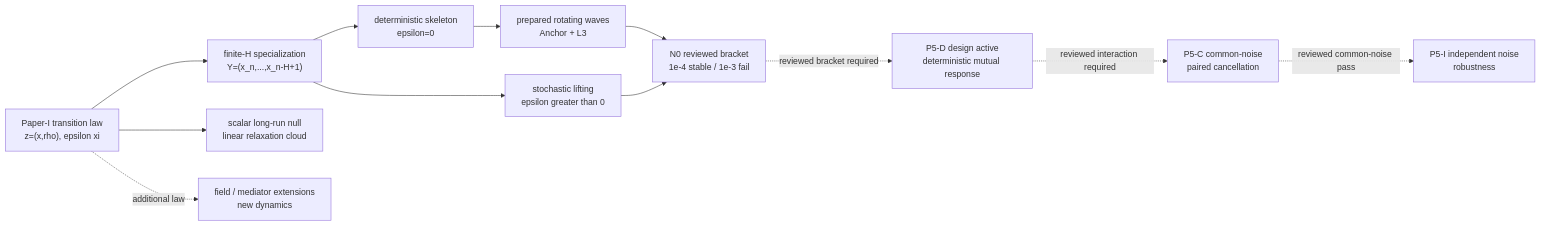
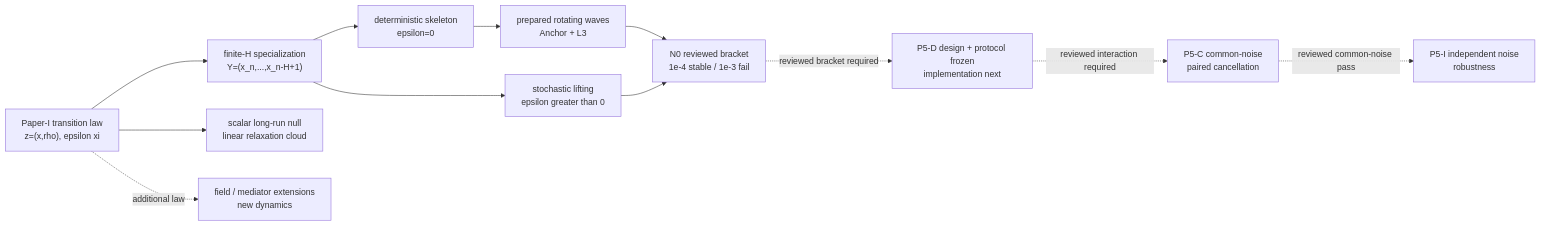
Before and after one commit to MemoryDynamics/Knoten: the seventh of 8 diagrams in docs/reference/repository_map.md, drawn with Mermaid. The commit also changed other lines of this file and 5 other files, not shown here.

Commit message:
docs: advance status to frozen P5 protocol

````diff
--- a/docs/reference/repository_map.md
+++ b/docs/reference/repository_map.md
@@ -348,23 +348,23 @@
 ```mermaid
 flowchart LR
     paperlaw["Paper-I transition law<br/>z=(x,rho), epsilon xi"]
     finiteh["finite-H specialization<br/>Y=(x_n,...,x_n-H+1)"]
     deterministic["deterministic skeleton<br/>epsilon=0"]
     stochastic["stochastic lifting<br/>epsilon greater than 0"]
     longrun["scalar long-run null<br/>linear relaxation cloud"]
     loops["prepared rotating waves<br/>Anchor + L3"]
     n0["N0 reviewed bracket<br/>1e-4 stable / 1e-3 fail"]
-    p5d["P5-D design active<br/>deterministic mutual response"]
+    p5d["P5-D design + protocol frozen<br/>implementation next"]
     p5c["P5-C common-noise<br/>paired cancellation"]
     p5i["P5-I independent noise<br/>robustness"]
     fields["field / mediator extensions<br/>new dynamics"]
 
     paperlaw --> finiteh
     paperlaw --> longrun
     finiteh --> deterministic --> loops --> n0
     finiteh --> stochastic --> n0
     n0 -.reviewed bracket required.-> p5d
     p5d -.reviewed interaction required.-> p5c
     p5c -.reviewed common-noise pass.-> p5i
     paperlaw -.additional law.-> fields
 ```
````
